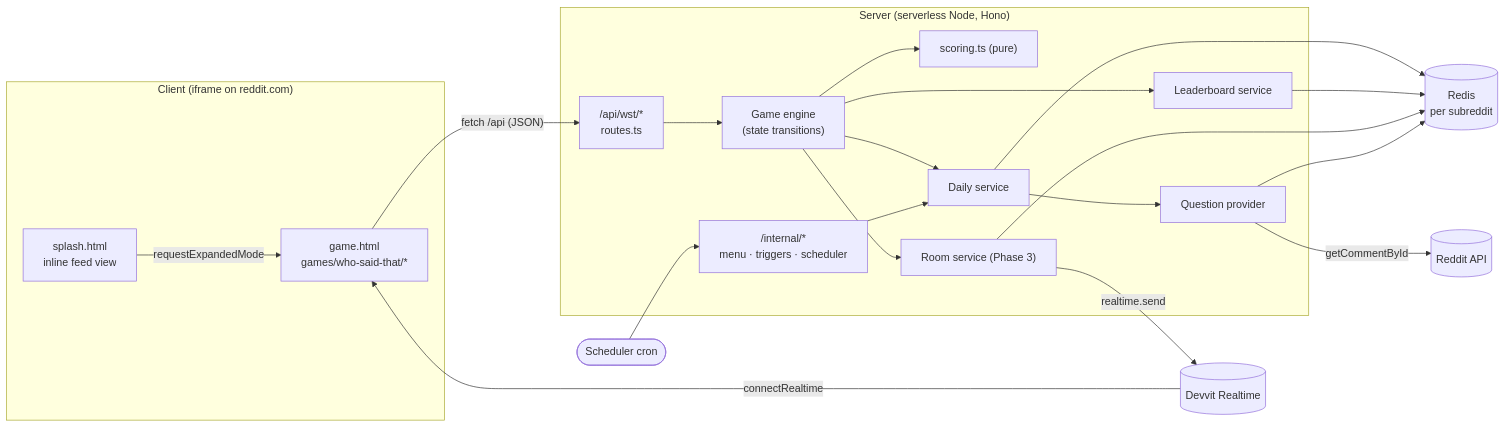
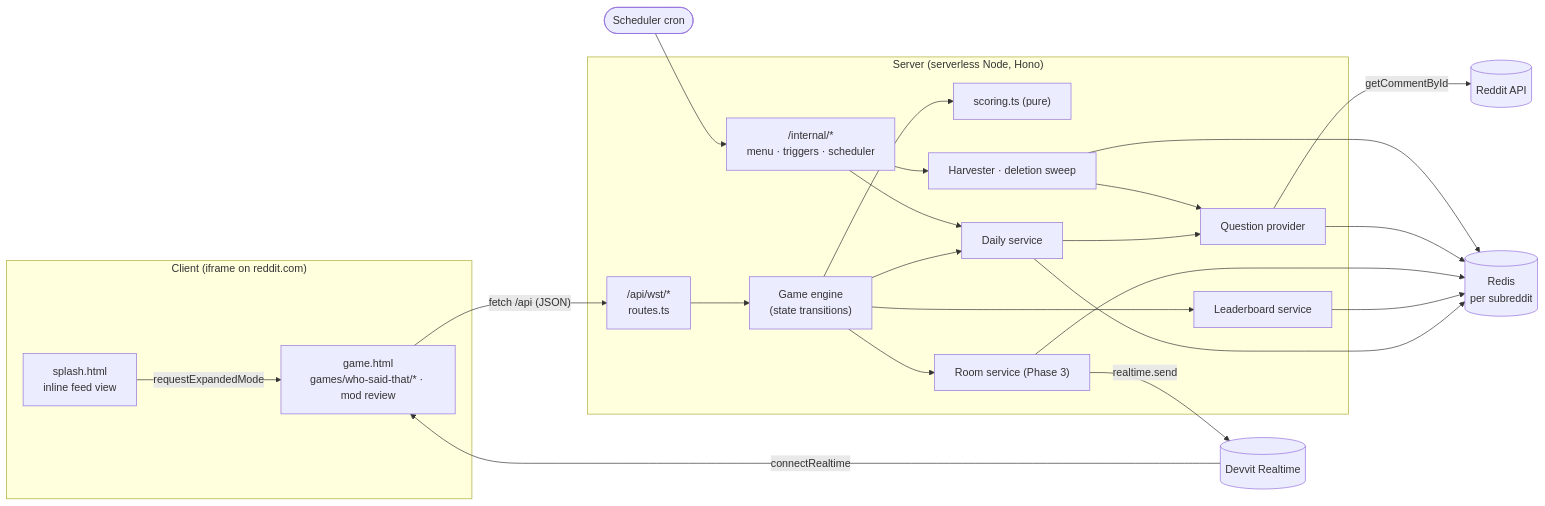
Before and after one commit to shin0343/reddit-who-said-that: the diagram in docs/ARCHITECTURE.md, drawn with Mermaid. The commit also changed other lines of this file and 4 other files, not shown here.

First line of the commit message:
Docs: policy-checked content pipeline (harvest, mod review, deletion sweep)

````diff
--- a/docs/ARCHITECTURE.md
+++ b/docs/ARCHITECTURE.md
@@ -7,21 +7,23 @@
 ```mermaid
 flowchart LR
   subgraph Client["Client (iframe on reddit.com)"]
-    Splash["splash.html<br/>inline feed view"] -->|requestExpandedMode| Game["game.html<br/>games/who-said-that/*"]
+    Splash["splash.html<br/>inline feed view"] -->|requestExpandedMode| Game["game.html<br/>games/who-said-that/* · mod review"]
   end
   subgraph Server["Server (serverless Node, Hono)"]
     API["/api/wst/*<br/>routes.ts"] --> Engine["Game engine<br/>(state transitions)"]
     Engine --> Scoring["scoring.ts (pure)"]
     Engine --> Daily["Daily service"]
     Engine --> Room["Room service (Phase 3)"]
     Daily --> Provider["Question provider"]
     Engine --> LB["Leaderboard service"]
     Internal["/internal/*<br/>menu · triggers · scheduler"] --> Daily
+    Internal --> Harvest["Harvester · deletion sweep"]
+    Harvest --> Provider
   end
   Game -- "fetch /api (JSON)" --> API
   Room -- "realtime.send" --> RT[("Devvit Realtime")]
   RT -- "connectRealtime" --> Game
   Provider -- "getCommentById" --> Reddit[("Reddit API")]
-  Daily & LB & Room & Provider --> Redis[("Redis<br/>per subreddit")]
+  Daily & LB & Room & Provider & Harvest --> Redis[("Redis<br/>per subreddit")]
   Cron(["Scheduler cron"]) --> Internal
 ```
````
